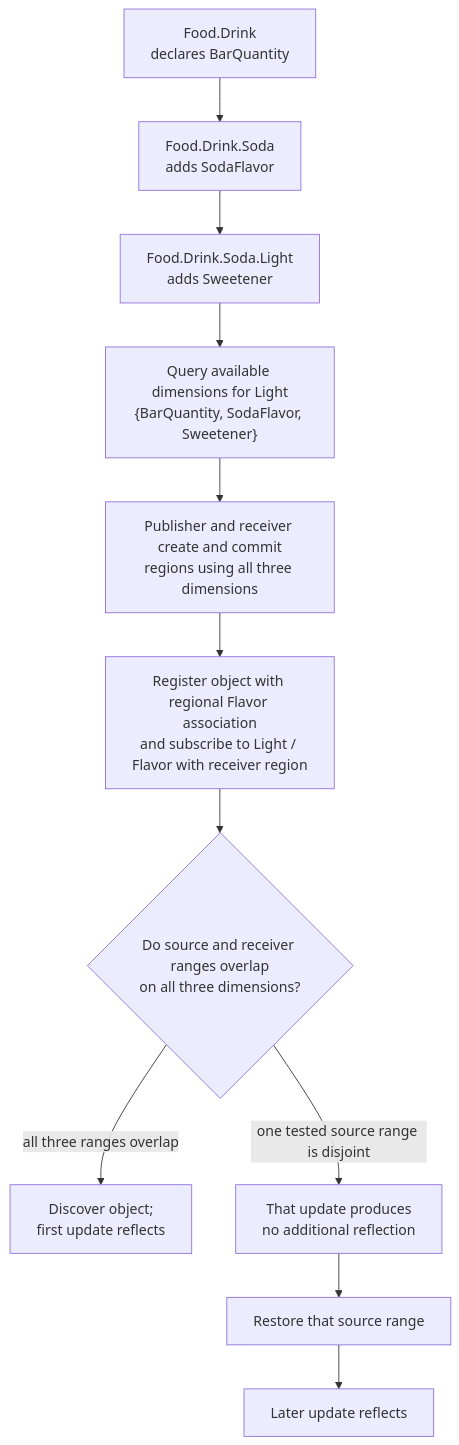
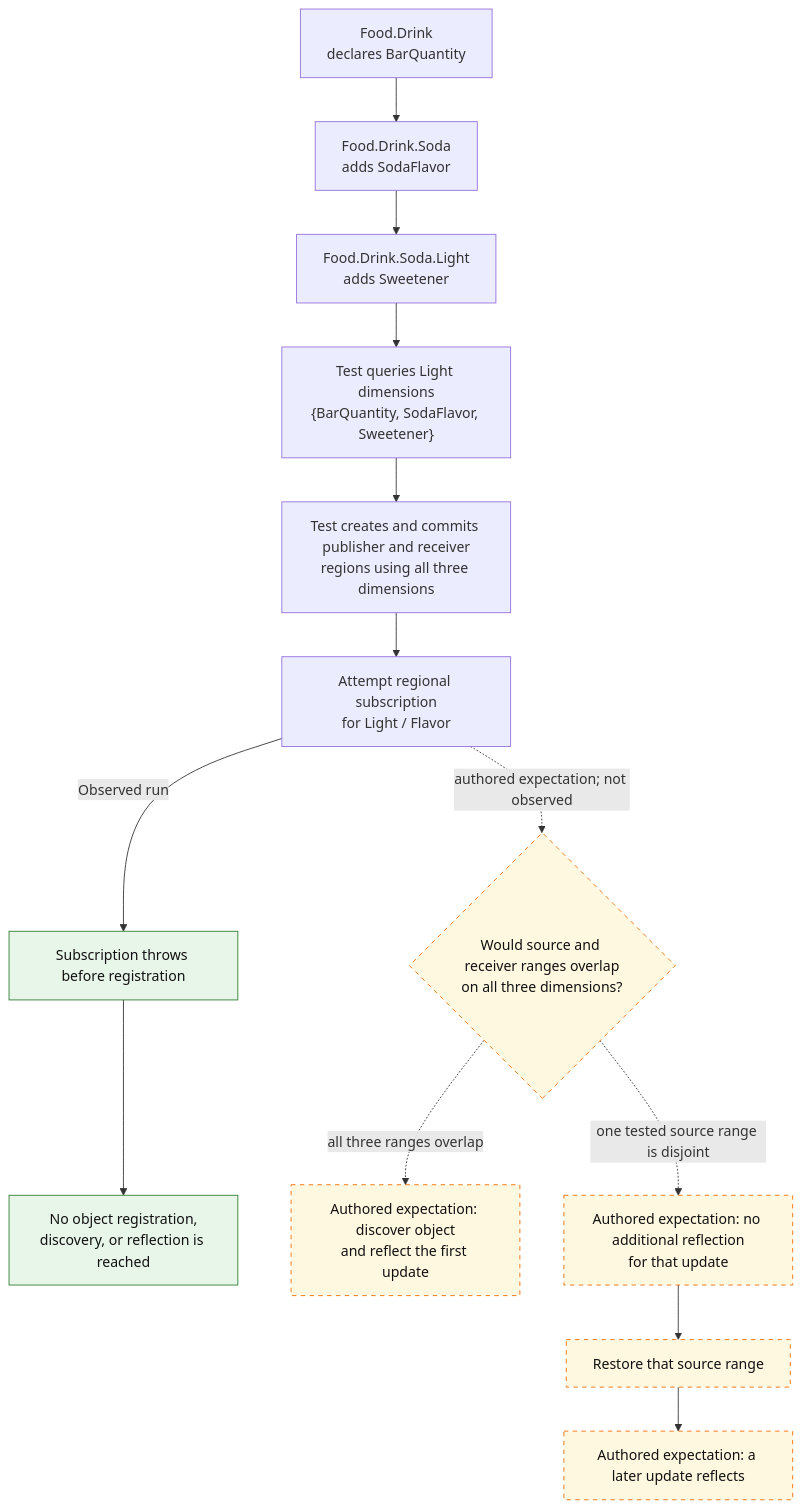
One commit to sheepfling/umbra changed the fifth of 35 diagrams in docs/design/HLA-2025-DATA-DISTRIBUTION-AND-REGIONS-FLOW-GUIDE.md. Above: the diagram before and after it, drawn with Mermaid. The commit also changed other lines of this file and 39 other files, not shown here.

Commit message:
Document IEEE 1516.1-2025 behavior flows

````diff
--- a/docs/design/HLA-2025-DATA-DISTRIBUTION-AND-REGIONS-FLOW-GUIDE.md
+++ b/docs/design/HLA-2025-DATA-DISTRIBUTION-AND-REGIONS-FLOW-GUIDE.md
@@ -244,15 +391,21 @@
 ```mermaid
 flowchart TD
   Drink["Food.Drink<br/>declares BarQuantity"]
   Soda["Food.Drink.Soda<br/>adds SodaFlavor"]
   Light["Food.Drink.Soda.Light<br/>adds Sweetener"]
   Drink --> Soda --> Light
-  Light --> Query["Query available dimensions for Light<br/>{BarQuantity, SodaFlavor, Sweetener}"]
-  Query --> Regions["Publisher and receiver create and commit<br/>regions using all three dimensions"]
-  Regions --> Declarations["Register object with regional Flavor association<br/>and subscribe to Light / Flavor with receiver region"]
-  Declarations --> Overlap{"Do source and receiver ranges overlap<br/>on all three dimensions?"}
-  Overlap -->|all three ranges overlap| Deliver["Discover object;<br/>first update reflects"]
-  Overlap -->|one tested source range is disjoint| Suppress["That update produces<br/>no additional reflection"]
+  Light --> Query["Test queries Light dimensions<br/>{BarQuantity, SodaFlavor, Sweetener}"]
+  Query --> Regions["Test creates and commits publisher and receiver<br/>regions using all three dimensions"]
+  Regions --> Subscribe["Attempt regional subscription<br/>for Light / Flavor"]
+  Subscribe -->|Observed run| Failure["Subscription throws before registration"]
+  Failure --> Stop["No object registration,<br/>discovery, or reflection is reached"]
+  Subscribe -.->|authored expectation; not observed| Overlap{"Would source and receiver ranges overlap<br/>on all three dimensions?"}
+  Overlap -.->|all three ranges overlap| Deliver["Authored expectation: discover object<br/>and reflect the first update"]
+  Overlap -.->|one tested source range is disjoint| Suppress["Authored expectation: no additional reflection<br/>for that update"]
   Suppress --> Restore["Restore that source range"]
-  Restore --> DeliverAgain["Later update reflects"]
+  Restore --> DeliverAgain["Authored expectation: a later update reflects"]
+  classDef observed fill:#e8f5e9,stroke:#2e7d32,color:#111
+  classDef unobserved fill:#fff8e1,stroke:#ef6c00,color:#111,stroke-dasharray:5 5
+  class Failure,Stop observed
+  class Overlap,Deliver,Suppress,Restore,DeliverAgain unobserved
 ```
````
